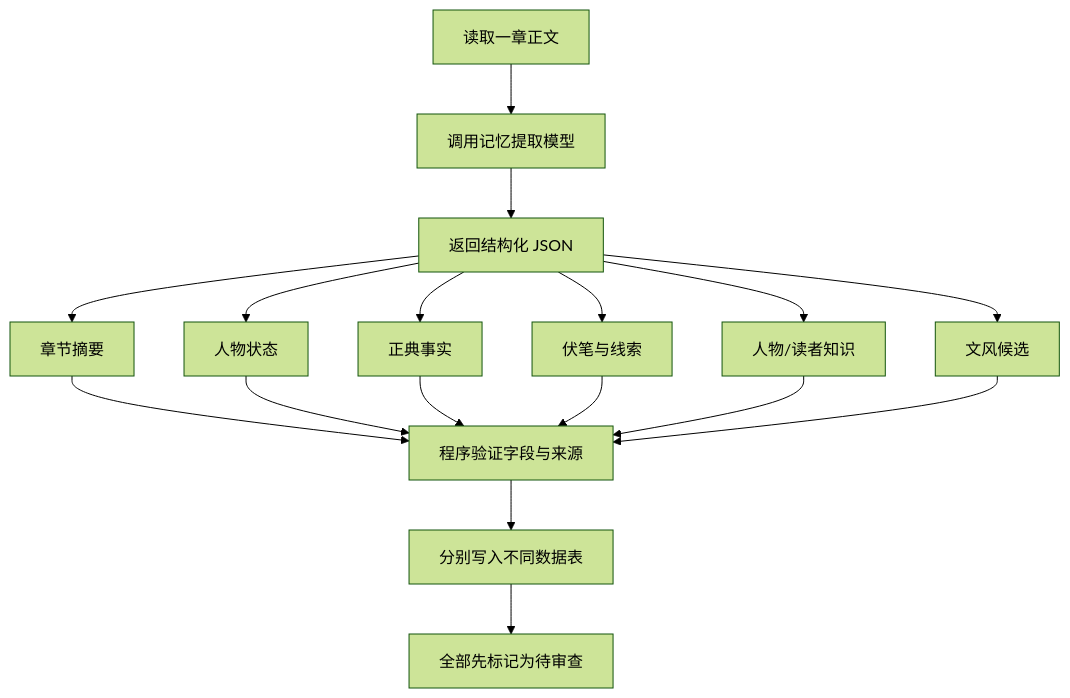
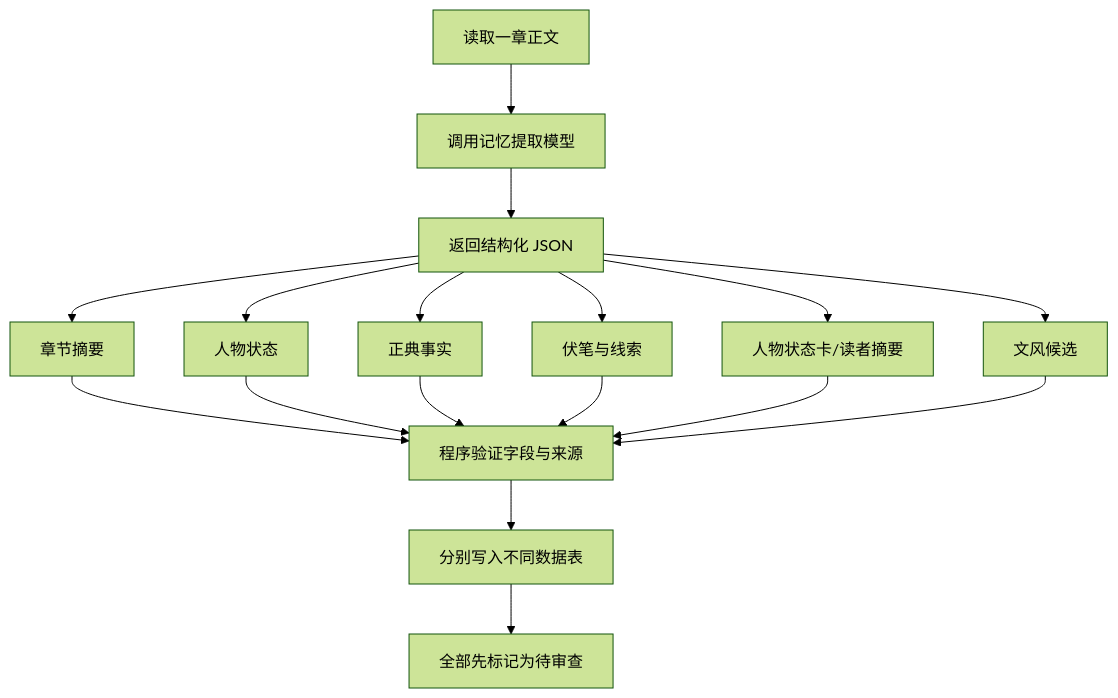
The first of 3 diagrams in README.md (13422100338/AI-Novel-Studio), drawn with Mermaid (forest theme) before and after one commit. The commit also changed other lines of this file and 69 other files, not shown here.

````diff
--- a/README.md
+++ b/README.md
@@ -265,19 +269,19 @@
 ```mermaid
 flowchart TD
     A[读取一章正文] --> B[调用记忆提取模型]
     B --> C[返回结构化 JSON]
     C --> D[章节摘要]
     C --> E[人物状态]
     C --> F[正典事实]
     C --> G[伏笔与线索]
-    C --> H[人物/读者知识]
+    C --> H[人物状态卡/读者摘要]
     C --> I[文风候选]
     D --> J[程序验证字段与来源]
     E --> J
     F --> J
     G --> J
     H --> J
     I --> J
     J --> K[分别写入不同数据表]
     K --> L[全部先标记为待审查]
 ```
````
